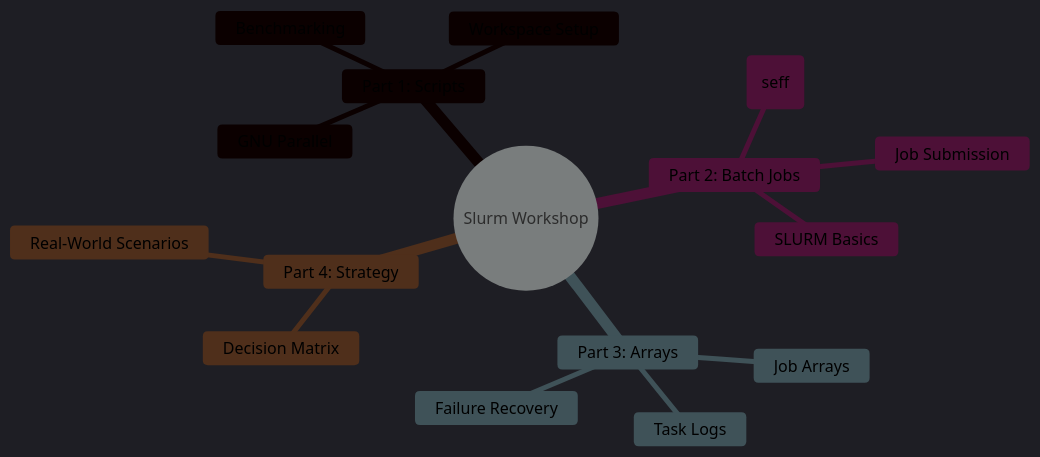
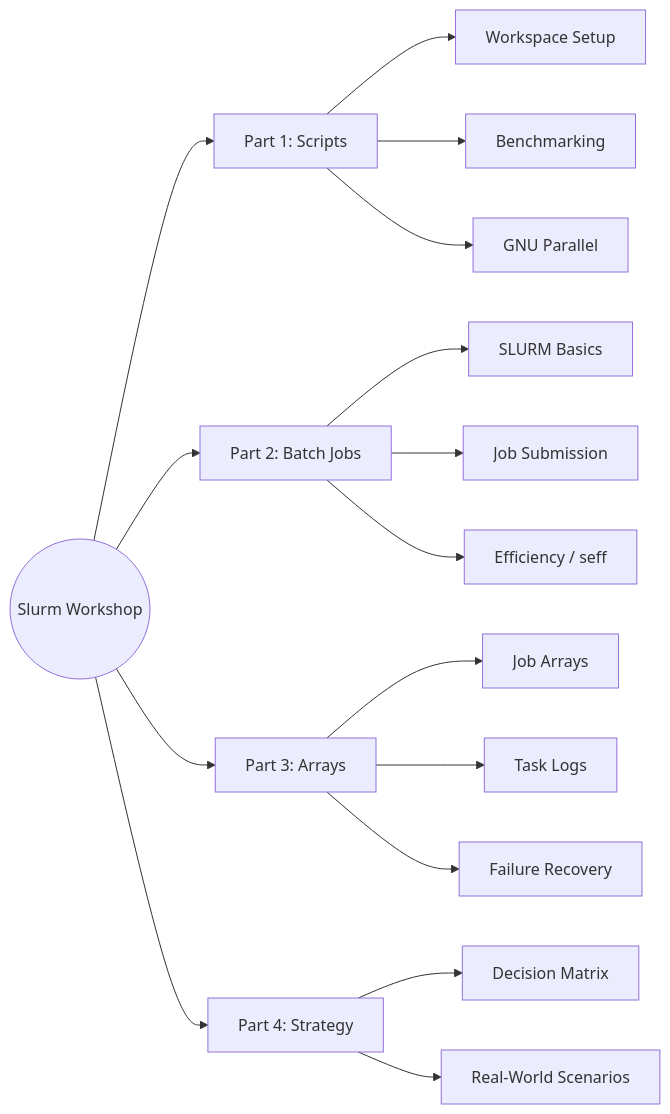
Before and after one commit to ISUgenomics/slurm-workshop-2026: the diagram in README.md, drawn with Mermaid.

Commit message:
converted diagram to Mermaid flowchart LR (Left-to-Right graph)

````diff
--- a/README.md
+++ b/README.md
@@ -12,20 +12,22 @@
 ```mermaid
-%%{init: {'theme': 'dark', 'themeVariables': { 'darkMode': true }}}%%
-mindmap
-  root((Slurm Workshop))
-    Part 1: Scripts
-      Workspace Setup
-      Benchmarking
-      GNU Parallel
-    Part 2: Batch Jobs
-      SLURM Basics
-      Job Submission
-      Efficiency (seff)
-    Part 3: Arrays
-      Job Arrays
-      Task Logs
-      Failure Recovery
-    Part 4: Strategy
-      Decision Matrix
-      Real-World Scenarios
+graph LR
+  root((Slurm Workshop)) --> P1[Part 1: Scripts]
+  root --> P2[Part 2: Batch Jobs]
+  root --> P3[Part 3: Arrays]
+  root --> P4[Part 4: Strategy]
+
+  P1 --> W[Workspace Setup]
+  P1 --> B[Benchmarking]
+  P1 --> G[GNU Parallel]
+
+  P2 --> S[SLURM Basics]
+  P2 --> J[Job Submission]
+  P2 --> E[Efficiency / seff]
+
+  P3 --> A[Job Arrays]
+  P3 --> T[Task Logs]
+  P3 --> F[Failure Recovery]
+
+  P4 --> D[Decision Matrix]
+  P4 --> R[Real-World Scenarios]
 ```
````
